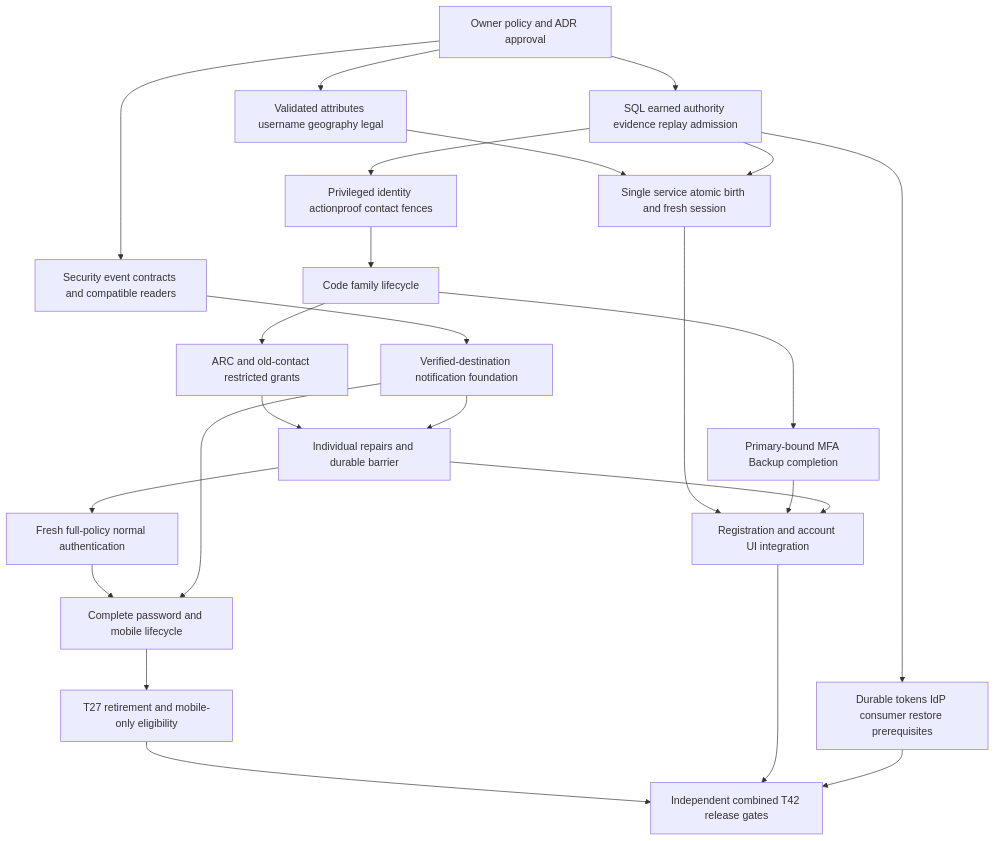
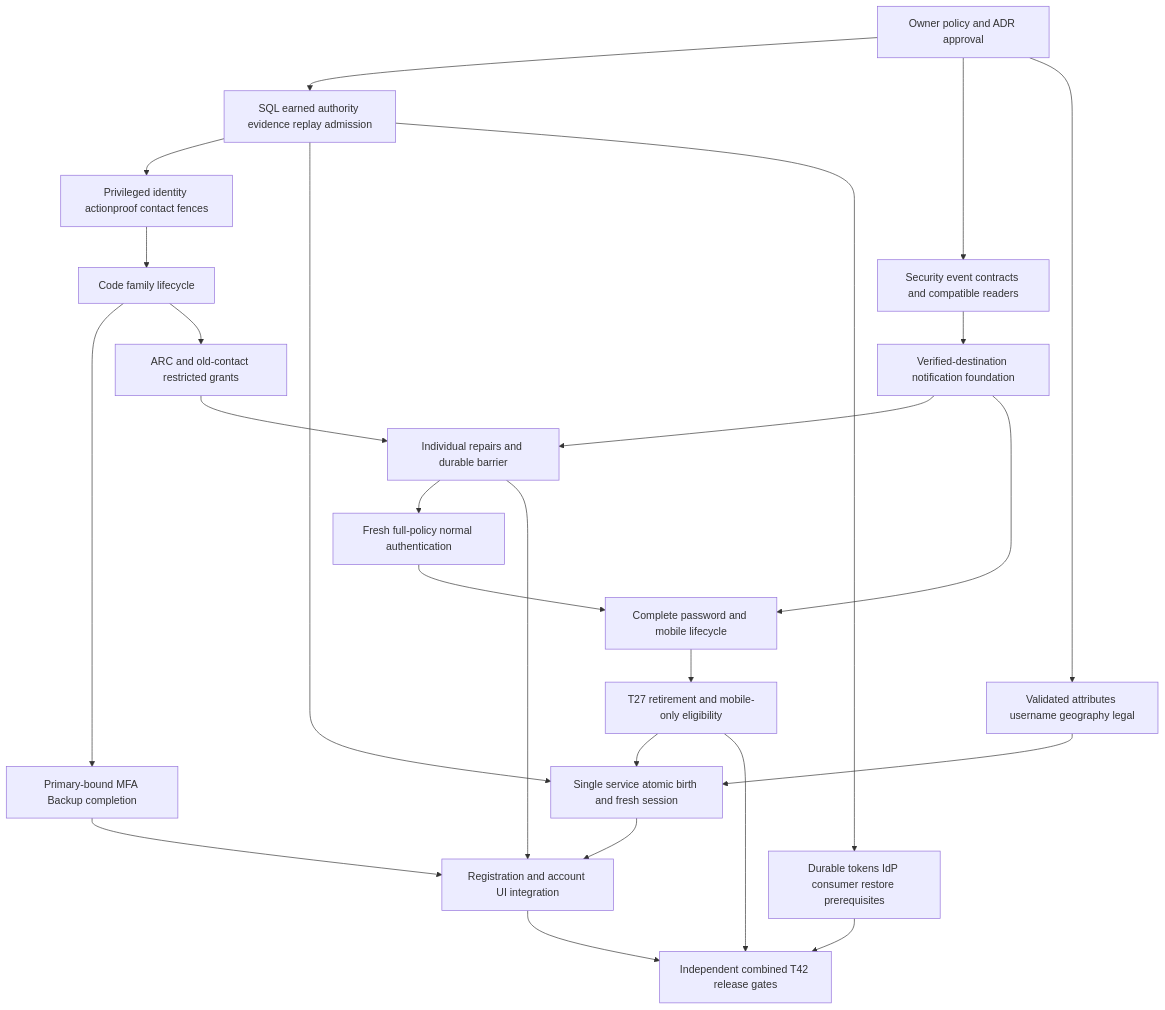
The diagram in docs/documentation-alignment-report.md (hatefsystems/identity), drawn with Mermaid before and after one commit. The commit also changed other lines of this file and 6 other files, not shown here.

First line of the commit message:
Refine documentation alignment report, registration contract, security architecture assessment, security testing readiness, and threat modeling

````diff
--- a/docs/documentation-alignment-report.md
+++ b/docs/documentation-alignment-report.md
@@ -167,26 +167,27 @@
 ```mermaid
 flowchart TD
     Approval[Owner policy and ADR approval] --> SQL[SQL earned authority evidence replay admission]
     Approval --> Events[Security event contracts and compatible readers]
     SQL --> Fences[Privileged identity actionproof contact fences]
     Fences --> Codes[Code family lifecycle]
     Codes --> Backup[Primary-bound MFA Backup completion]
     Codes --> Grants[ARC and old-contact restricted grants]
     Events --> Notify[Verified-destination notification foundation]
     Grants --> Repairs[Individual repairs and durable barrier]
     Notify --> Repairs
     Repairs --> Login[Fresh full-policy normal authentication]
     Login --> Lifecycle[Complete password and mobile lifecycle]
     Notify --> Lifecycle
     Lifecycle --> Gate[T27 retirement and mobile-only eligibility]
     Approval --> Fields[Validated attributes username geography legal]
     Fields --> Birth[Single service atomic birth and fresh session]
+    Gate --> Birth
     SQL --> Birth
     Birth --> UI[Registration and account UI integration]
     Backup --> UI
     Repairs --> UI
     SQL --> External[Durable tokens IdP consumer restore prerequisites]
     Gate --> Final[Independent combined T42 release gates]
     UI --> Final
     External --> Final
 ```
````
